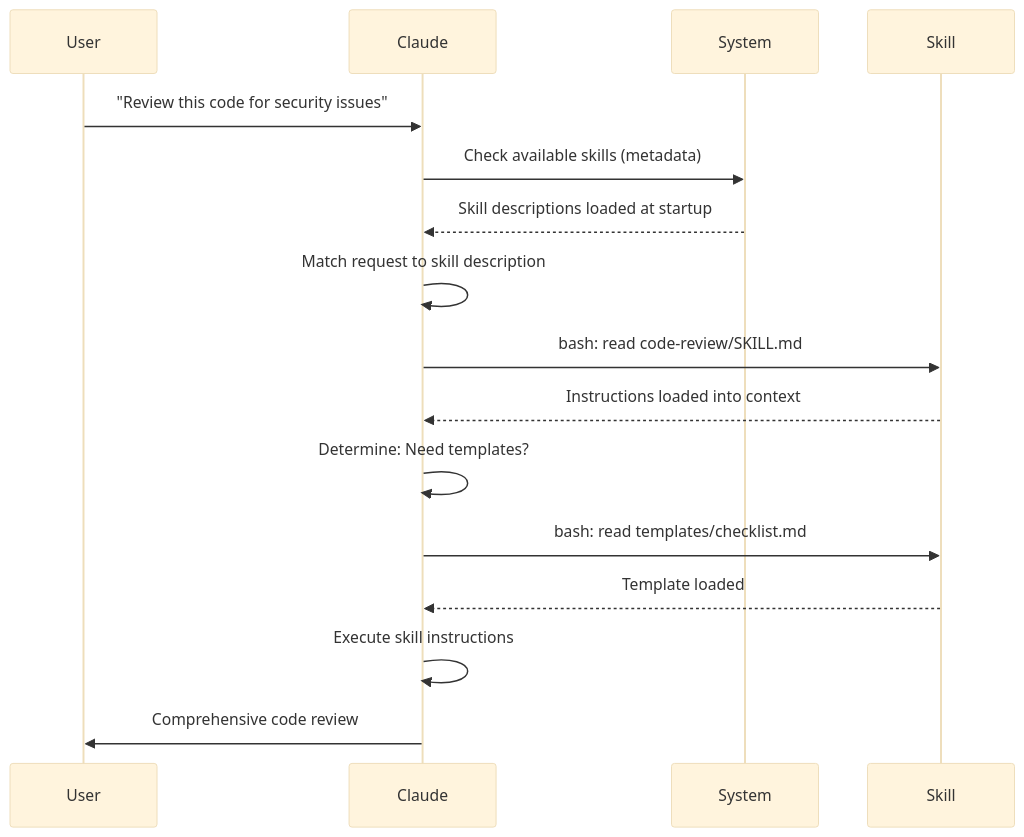
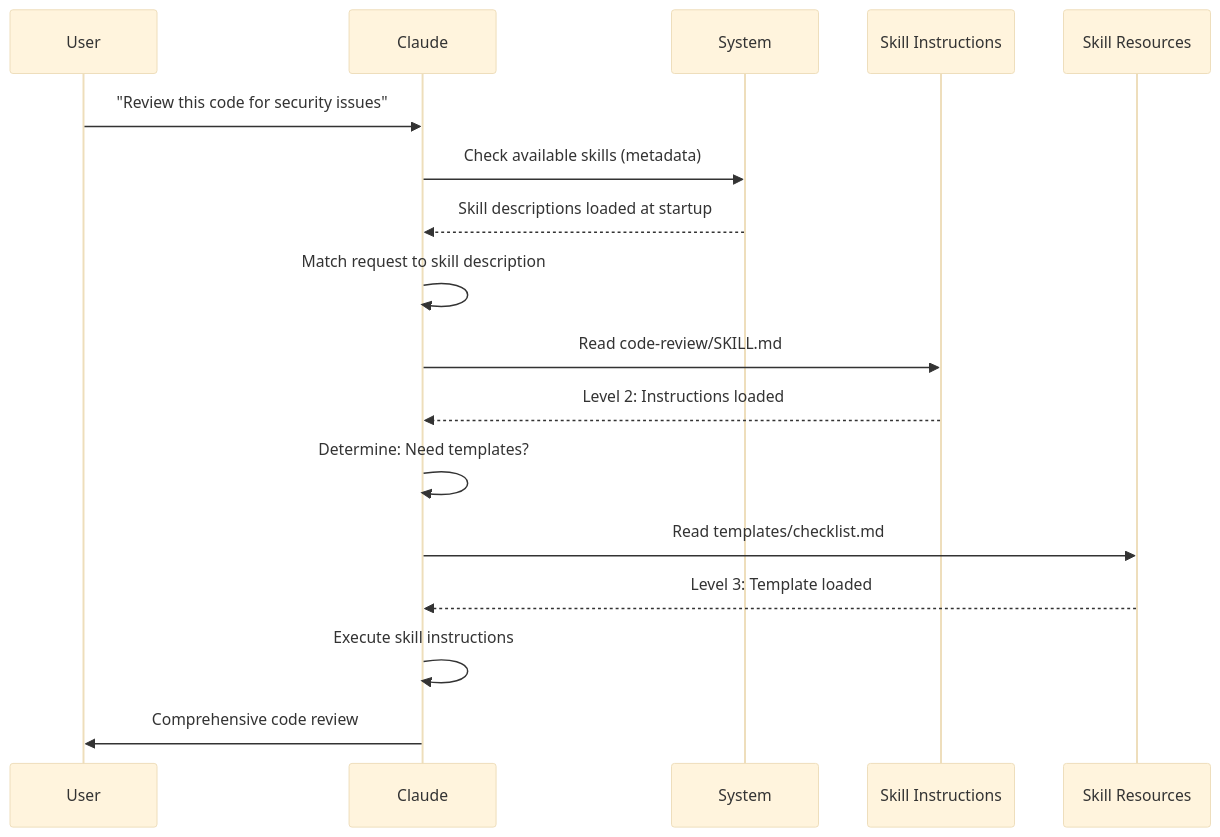
The second of 2 diagrams in Web-Home/courses/claude-code/en/03-skills.md (edison7009/Coffee-CLI), drawn with Mermaid (base theme) before and after one commit. The commit also changed 15 other files, not shown here.

First line of the commit message:
docs(courses): sync Claude Code tutorial to upstream — EN to v2.1.119+8, ZH catches up

````diff
--- a/Web-Home/courses/claude-code/en/03-skills.md
+++ b/Web-Home/courses/claude-code/en/03-skills.md
@@ -66,19 +66,20 @@
 ```mermaid
 sequenceDiagram
     participant User
-    participant Claude as Claude
-    participant System as System
-    participant Skill as Skill
+    participant Claude
+    participant System
+    participant SkillInst as Skill Instructions
+    participant SkillRes as Skill Resources
 
     User->>Claude: "Review this code for security issues"
     Claude->>System: Check available skills (metadata)
     System-->>Claude: Skill descriptions loaded at startup
     Claude->>Claude: Match request to skill description
-    Claude->>Skill: bash: read code-review/SKILL.md
-    Skill-->>Claude: Instructions loaded into context
+    Claude->>SkillInst: Read code-review/SKILL.md
+    SkillInst-->>Claude: Level 2: Instructions loaded
     Claude->>Claude: Determine: Need templates?
-    Claude->>Skill: bash: read templates/checklist.md
-    Skill-->>Claude: Template loaded
+    Claude->>SkillRes: Read templates/checklist.md
+    SkillRes-->>Claude: Level 3: Template loaded
     Claude->>Claude: Execute skill instructions
     Claude->>User: Comprehensive code review
 ```
````
